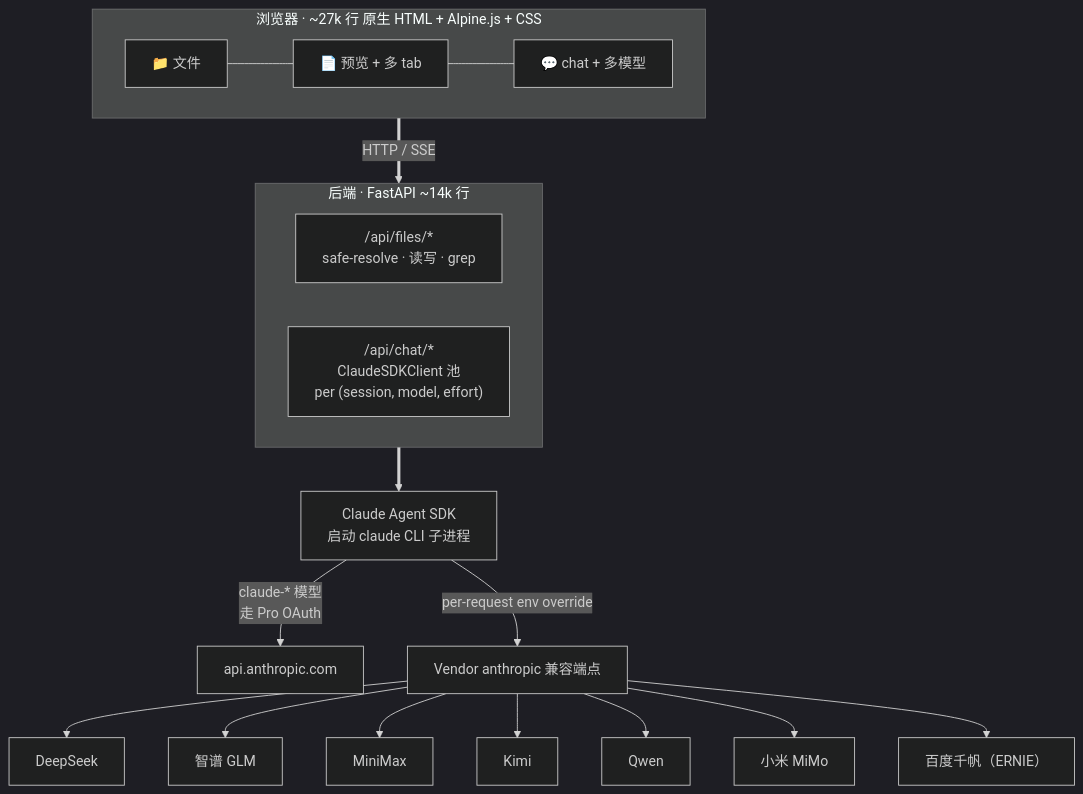
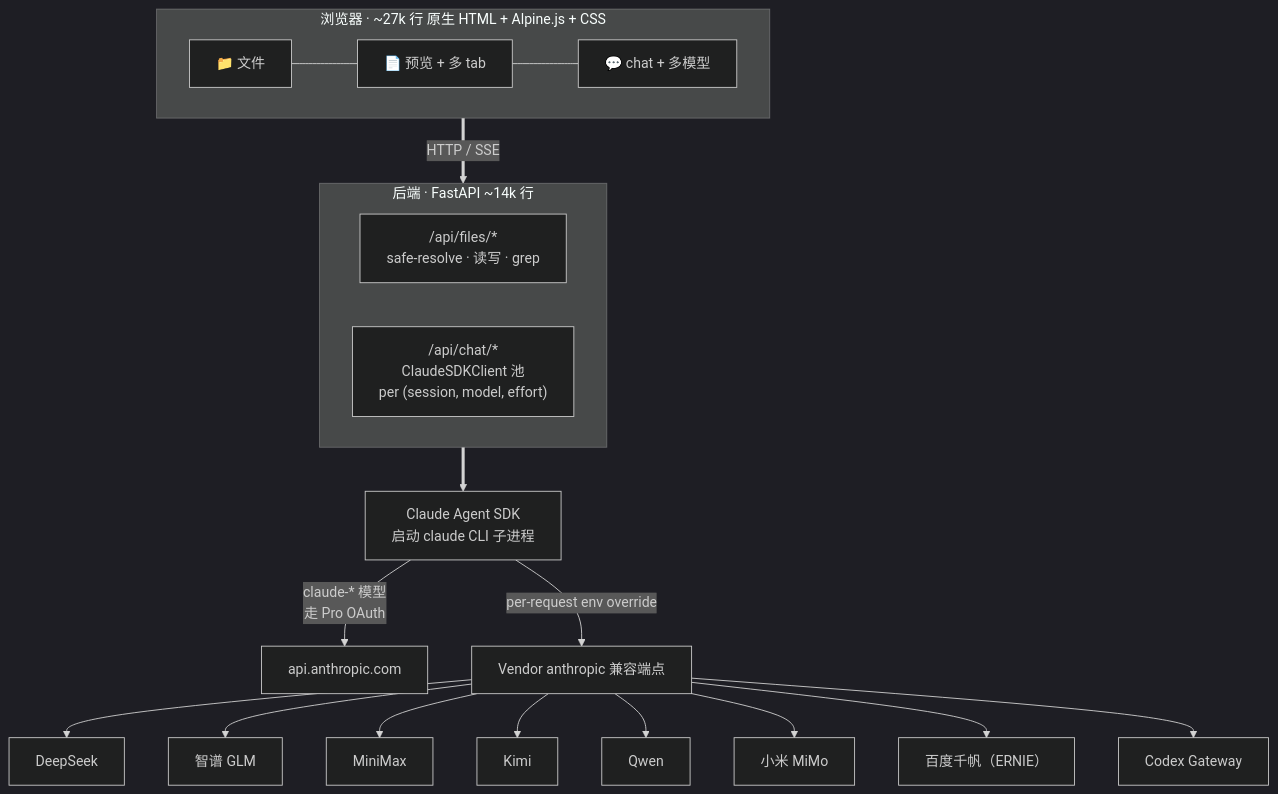
One commit to hesorchen/muselab-codex changed the diagram in docs/architecture_zh.md. Above: the diagram before and after it, drawn with Mermaid (dark theme). The commit also changed 7 other files, not shown here.

First line of the commit message:
docs: update provider wording for Codex Gateway

````diff
--- a/docs/architecture_zh.md
+++ b/docs/architecture_zh.md
@@ -5,21 +5,22 @@
 ```mermaid
 flowchart TB
   subgraph Browser["浏览器 · ~27k 行 原生 HTML + Alpine.js + CSS"]
     F[📁 文件] --- P[📄 预览 + 多 tab] --- C[💬 chat + 多模型]
   end
   Browser ==>|HTTP / SSE| BE
   subgraph BE["后端 · FastAPI ~14k 行"]
     A["/api/files/*<br/>safe-resolve · 读写 · grep"]
     B["/api/chat/*<br/>ClaudeSDKClient 池<br/>per (session, model, effort)"]
   end
   BE ==> SDK[Claude Agent SDK<br/>启动 claude CLI 子进程]
   SDK -->|claude-* 模型<br/>走 Pro OAuth| AN[api.anthropic.com]
   SDK -->|per-request env override| V[Vendor anthropic 兼容端点]
   V --> DS[DeepSeek]
   V --> GL[智谱 GLM]
   V --> MM[MiniMax]
   V --> KM[Kimi]
   V --> QW[Qwen]
   V --> XM[小米 MiMo]
   V --> QF[百度千帆（ERNIE）]
+  V --> CG[Codex Gateway]
 ```
````
